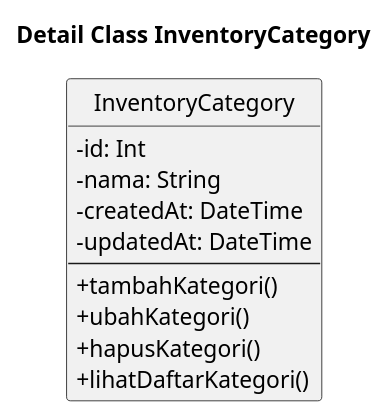
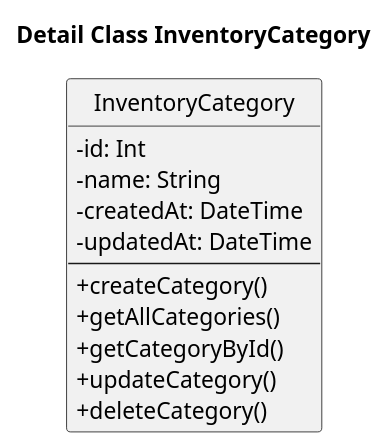
One commit to janbu12/nemafi-be changed the diagram in docs/plantuml/detail-classes/detail-class-inventory-category.puml. Above: the diagram before and after it, drawn with PlantUML. The commit also changed 186 other files, not shown here.

```diff
--- a/docs/plantuml/detail-classes/detail-class-inventory-category.puml
+++ b/docs/plantuml/detail-classes/detail-class-inventory-category.puml
@@ -1,19 +1,21 @@
 @startuml
 title Detail Class InventoryCategory
 
 skinparam classAttributeIconSize 0
+skinparam shadowing false
+skinparam defaultFontName "Times New Roman"
 hide circle
 
 class InventoryCategory {
   - id: Int
-  - nama: String
+  - name: String
   - createdAt: DateTime
   - updatedAt: DateTime
   --
-  + tambahKategori()
-  + ubahKategori()
-  + hapusKategori()
-  + lihatDaftarKategori()
+  + createCategory()
+  + getAllCategories()
+  + getCategoryById()
+  + updateCategory()
+  + deleteCategory()
 }
-
 @enduml
```
